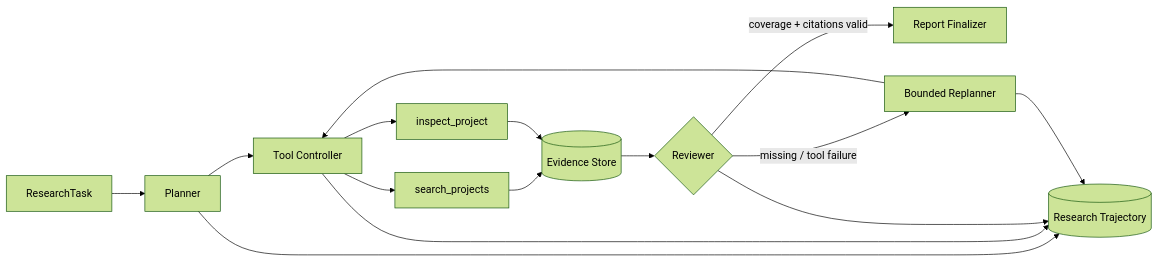
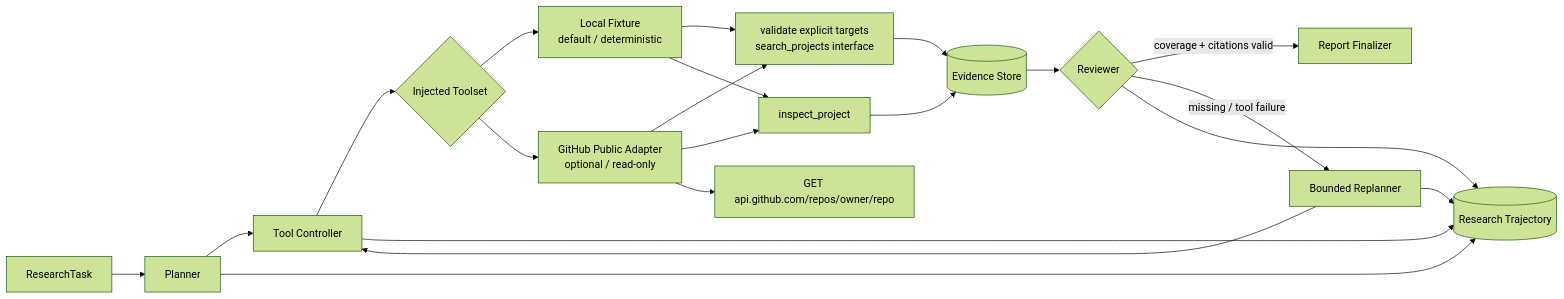
Before and after one commit to wkaixuan677-arch/open-source-research-agent: the first of 3 diagrams in docs/ARCHITECTURE.md, drawn with Mermaid (forest theme). The commit also changed other lines of this file and 18 other files, not shown here.

Commit message:
feat: add bounded GitHub research adapter v0.3

````diff
--- a/docs/ARCHITECTURE.md
+++ b/docs/ARCHITECTURE.md
@@ -3,17 +3,23 @@
 ```mermaid
 flowchart LR
     Q[ResearchTask] --> P[Planner]
     P --> C[Tool Controller]
-    C --> S[search_projects]
-    C --> I[inspect_project]
+    C --> A{Injected Toolset}
+    A --> L[Local Fixture<br/>default / deterministic]
+    A --> G[GitHub Public Adapter<br/>optional / read-only]
+    L --> S[validate explicit targets<br/>search_projects interface]
+    L --> I[inspect_project]
+    G --> S
+    G --> I
+    G --> X[GET api.github.com/repos/owner/repo]
     S --> E[(Evidence Store)]
     I --> E
     E --> V{Reviewer}
     V -->|coverage + citations valid| F[Report Finalizer]
     V -->|missing / tool failure| R[Bounded Replanner]
     R --> C
     P --> T[(Research Trajectory)]
     C --> T
     V --> T
     R --> T
 ```
````
